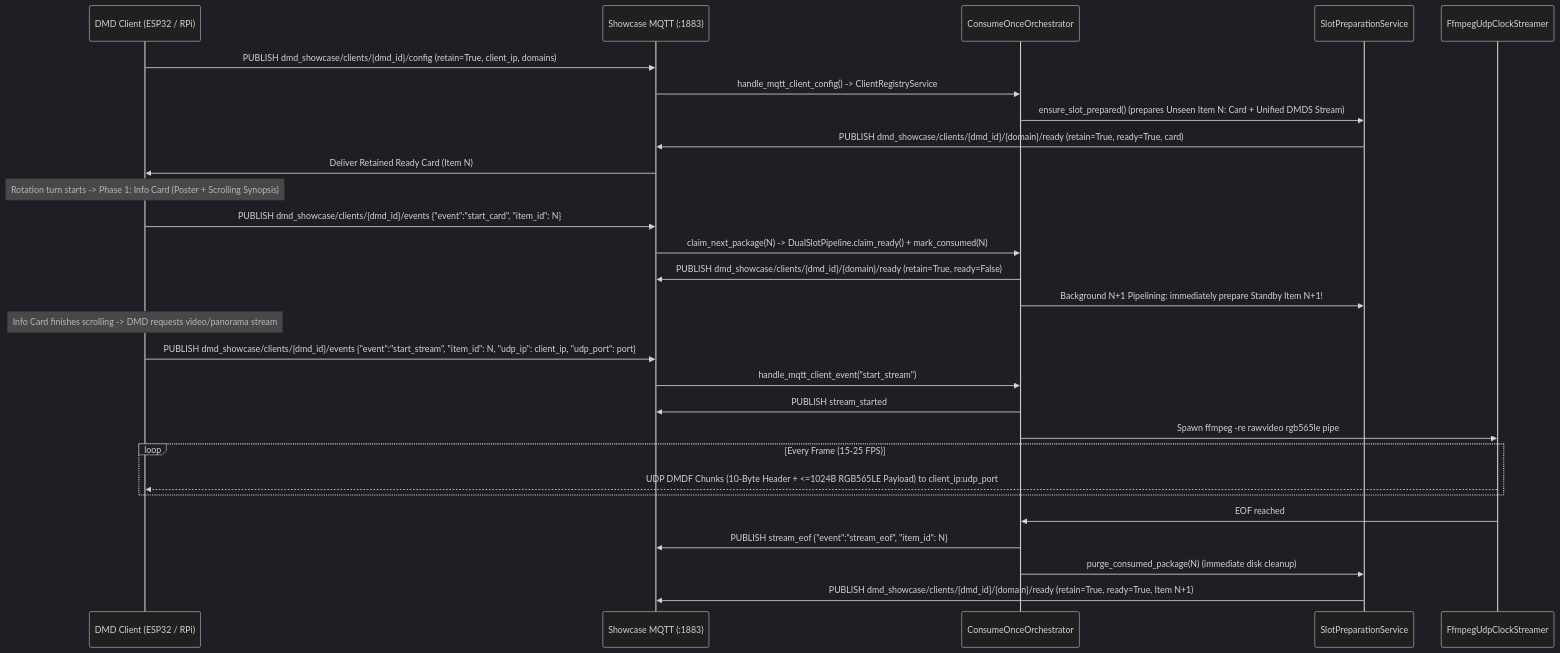
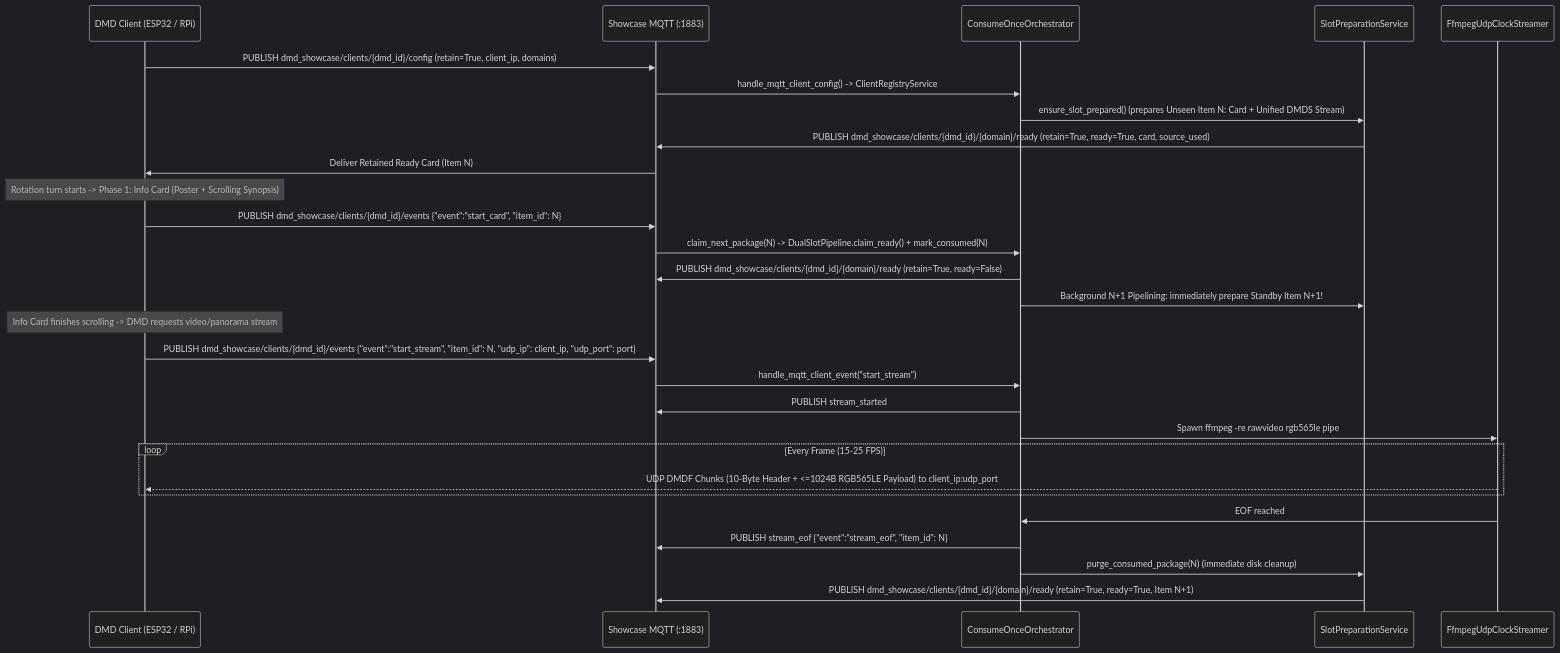
One commit to red77290/dmd_media_showcase changed the second of 2 diagrams in docs/ARCHITECTURE.md. Above: the diagram before and after it, drawn with Mermaid (dark theme). The commit also changed other lines of this file and 88 other files, not shown here.

````diff
--- a/docs/ARCHITECTURE.md
+++ b/docs/ARCHITECTURE.md
@@ -102,33 +132,33 @@
 ```mermaid
 sequenceDiagram
     participant DMD as DMD Client (ESP32 / RPi)
     participant MQTT as Showcase MQTT (:1883)
     participant ORCH as ConsumeOnceOrchestrator
     participant PREP as SlotPreparationService
     participant FFMPEG as FfmpegUdpClockStreamer
 
     DMD->>MQTT: PUBLISH dmd_showcase/clients/{dmd_id}/config (retain=True, client_ip, domains)
     MQTT->>ORCH: handle_mqtt_client_config() -> ClientRegistryService
     ORCH->>PREP: ensure_slot_prepared() (prepares Unseen Item N: Card + Unified DMDS Stream)
-    PREP->>MQTT: PUBLISH dmd_showcase/clients/{dmd_id}/{domain}/ready (retain=True, ready=True, card)
+    PREP->>MQTT: PUBLISH dmd_showcase/clients/{dmd_id}/{domain}/ready (retain=True, ready=True, card, source_used)
     MQTT->>DMD: Deliver Retained Ready Card (Item N)
 
     Note over DMD: Rotation turn starts -> Phase 1: Info Card (Poster + Scrolling Synopsis)
     DMD->>MQTT: PUBLISH dmd_showcase/clients/{dmd_id}/events {"event":"start_card", "item_id": N}
     MQTT->>ORCH: claim_next_package(N) -> DualSlotPipeline.claim_ready() + mark_consumed(N)
     ORCH->>MQTT: PUBLISH dmd_showcase/clients/{dmd_id}/{domain}/ready (retain=True, ready=False)
     ORCH->>PREP: Background N+1 Pipelining: immediately prepare Standby Item N+1!
 
     Note over DMD: Info Card finishes scrolling -> DMD requests video/panorama stream
     DMD->>MQTT: PUBLISH dmd_showcase/clients/{dmd_id}/events {"event":"start_stream", "item_id": N, "udp_ip": client_ip, "udp_port": port}
     MQTT->>ORCH: handle_mqtt_client_event("start_stream")
     ORCH->>MQTT: PUBLISH stream_started
     ORCH->>FFMPEG: Spawn ffmpeg -re rawvideo rgb565le pipe
     loop Every Frame (15-25 FPS)
         FFMPEG-->>DMD: UDP DMDF Chunks (10-Byte Header + <=1024B RGB565LE Payload) to client_ip:udp_port
     end
     FFMPEG->>ORCH: EOF reached
     ORCH->>MQTT: PUBLISH stream_eof {"event":"stream_eof", "item_id": N}
     ORCH->>PREP: purge_consumed_package(N) (immediate disk cleanup)
     PREP->>MQTT: PUBLISH dmd_showcase/clients/{dmd_id}/{domain}/ready (retain=True, ready=True, Item N+1)
 ```
````
